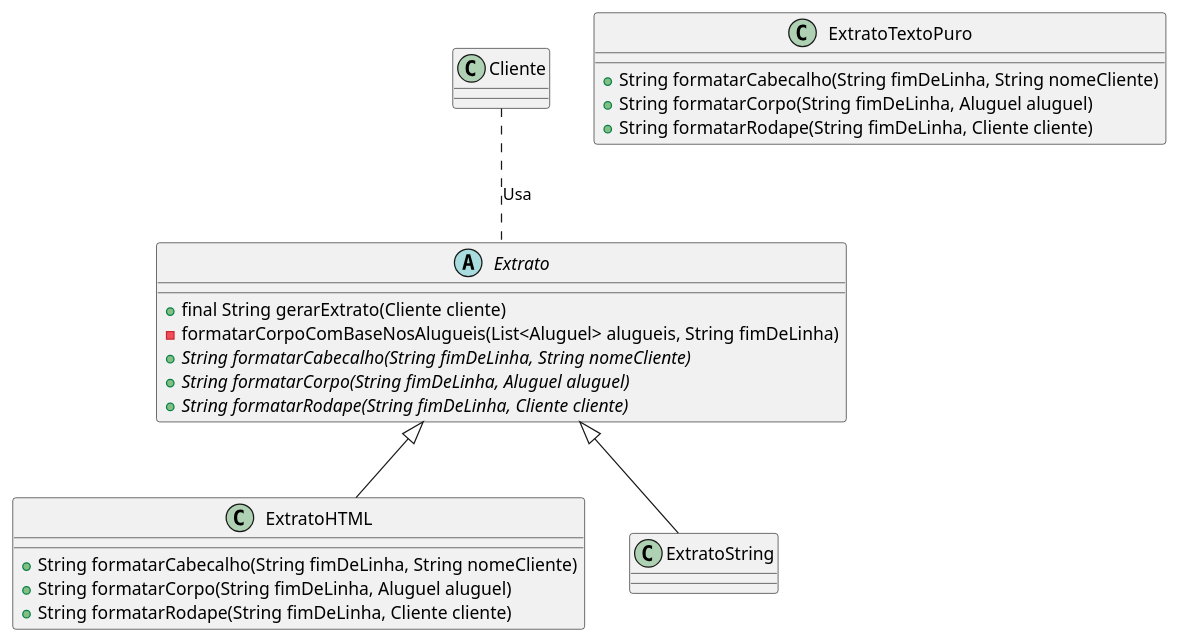
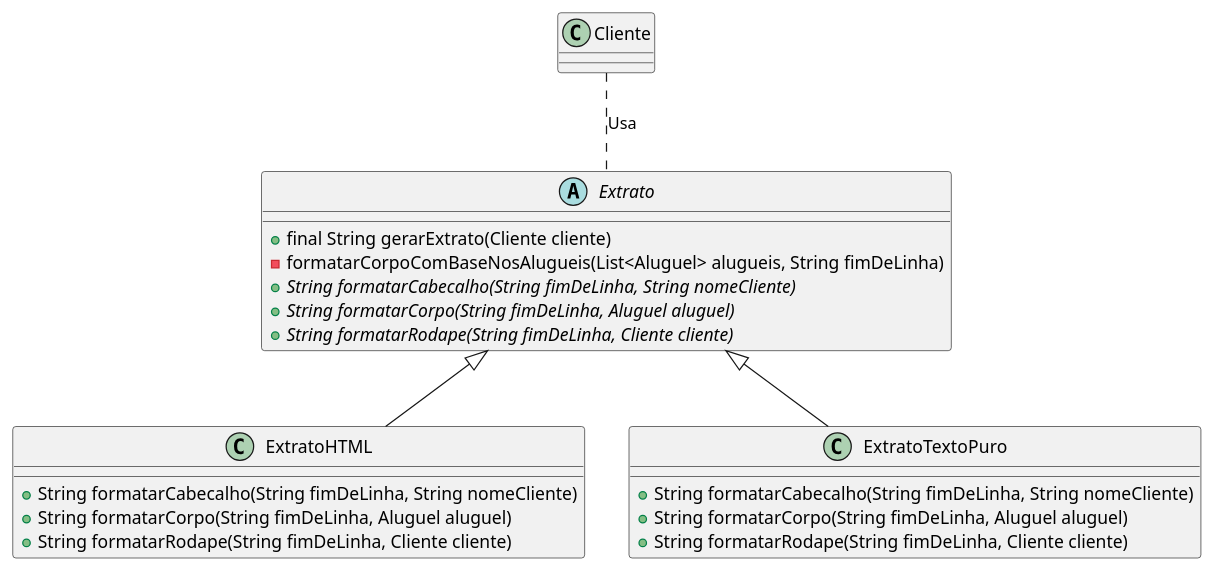
The diagram in docs/locadora.plantuml (yagocdj/Padroes-de-projeto), drawn with PlantUML before and after one commit.

Commit message:
Corrigindo o diagrama de classes

```diff
--- a/docs/locadora.plantuml
+++ b/docs/locadora.plantuml
@@ -1,33 +1,33 @@
 @startuml locadora
 
 abstract class Extrato {
     + final String gerarExtrato(Cliente cliente)
     - formatarCorpoComBaseNosAlugueis(List<Aluguel> alugueis, String fimDeLinha)
     + {abstract} String formatarCabecalho(String fimDeLinha, String nomeCliente)
     + {abstract} String formatarCorpo(String fimDeLinha, Aluguel aluguel)
     + {abstract} String formatarRodape(String fimDeLinha, Cliente cliente)
 
 }
 
 class ExtratoHTML {
     
     + String formatarCabecalho(String fimDeLinha, String nomeCliente)
     + String formatarCorpo(String fimDeLinha, Aluguel aluguel)
     + String formatarRodape(String fimDeLinha, Cliente cliente)
 }
 
 class ExtratoTextoPuro {
 
     + String formatarCabecalho(String fimDeLinha, String nomeCliente)
     + String formatarCorpo(String fimDeLinha, Aluguel aluguel)
     + String formatarRodape(String fimDeLinha, Cliente cliente)
 }
 
 class Cliente { }
 
 class ExtratoHTML extends Extrato
-class ExtratoString extends Extrato
+class ExtratoTextoPuro extends Extrato
 
 Cliente .. Extrato : Usa
 
 @enduml
```
